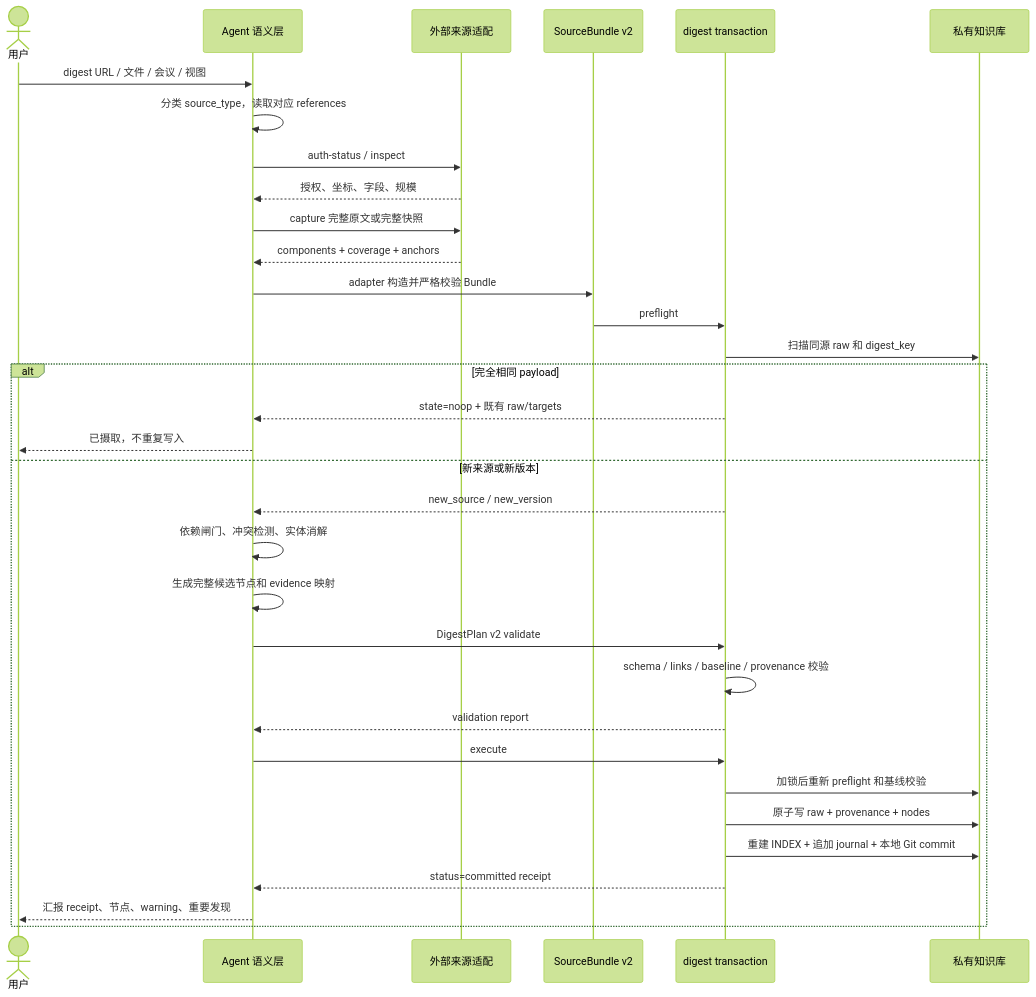
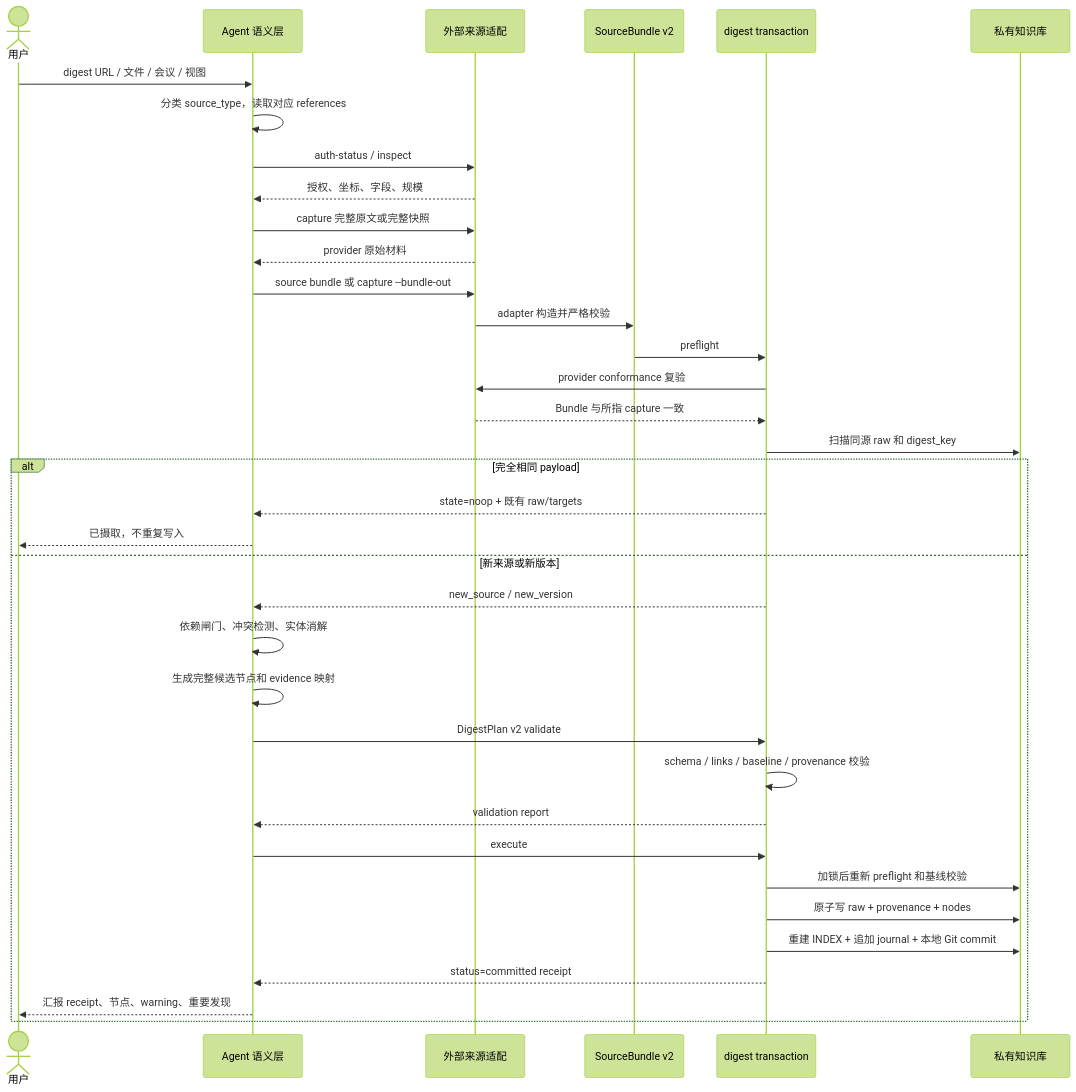
The fifth of 18 diagrams in ARCHITECTURE.md (ranjiao/byteworker), drawn with Mermaid (forest theme) before and after one commit. The commit also changed other lines of this file and 42 other files, not shown here.

````diff
--- a/ARCHITECTURE.md
+++ b/ARCHITECTURE.md
@@ -154,37 +154,40 @@
 ```mermaid
 sequenceDiagram
     actor User as 用户
     participant Agent as Agent 语义层
     participant Source as 外部来源适配
     participant Bundle as SourceBundle v2
     participant Txn as digest transaction
     participant KB as 私有知识库
 
     User->>Agent: digest URL / 文件 / 会议 / 视图
     Agent->>Agent: 分类 source_type，读取对应 references
     Agent->>Source: auth-status / inspect
     Source-->>Agent: 授权、坐标、字段、规模
     Agent->>Source: capture 完整原文或完整快照
-    Source-->>Agent: components + coverage + anchors
-    Agent->>Bundle: adapter 构造并严格校验 Bundle
+    Source-->>Agent: provider 原始材料
+    Agent->>Source: source bundle 或 capture --bundle-out
+    Source->>Bundle: adapter 构造并严格校验
     Bundle->>Txn: preflight
+    Txn->>Source: provider conformance 复验
+    Source-->>Txn: Bundle 与所指 capture 一致
     Txn->>KB: 扫描同源 raw 和 digest_key
 
     alt 完全相同 payload
         Txn-->>Agent: state=noop + 既有 raw/targets
         Agent-->>User: 已摄取，不重复写入
     else 新来源或新版本
         Txn-->>Agent: new_source / new_version
         Agent->>Agent: 依赖闸门、冲突检测、实体消解
         Agent->>Agent: 生成完整候选节点和 evidence 映射
         Agent->>Txn: DigestPlan v2 validate
         Txn->>Txn: schema / links / baseline / provenance 校验
         Txn-->>Agent: validation report
         Agent->>Txn: execute
         Txn->>KB: 加锁后重新 preflight 和基线校验
         Txn->>KB: 原子写 raw + provenance + nodes
         Txn->>KB: 重建 INDEX + 追加 journal + 本地 Git commit
         Txn-->>Agent: status=committed receipt
         Agent-->>User: 汇报 receipt、节点、warning、重要发现
     end
 ```
````
